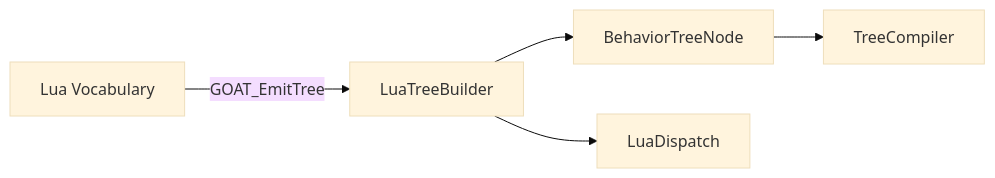
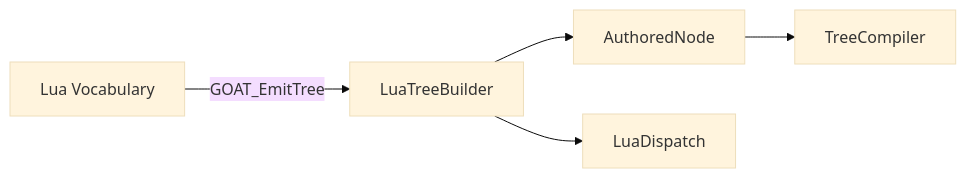
The diagram in Docs/02 - C++ Components/LuaTreeBuilder.md (jabbadablack/G.O.A.T), drawn with Mermaid (base theme) before and after one commit. The commit also changed other lines of this file and 44 other files, not shown here.

````diff
--- a/Docs/02 - C++ Components/LuaTreeBuilder.md
+++ b/Docs/02 - C++ Components/LuaTreeBuilder.md
@@ -71,7 +71,7 @@
 ```mermaid
 graph LR
     A[Lua Vocabulary] -->|GOAT_EmitTree| B[LuaTreeBuilder]
-    B --> C[BehaviorTreeNode]
+    B --> C[AuthoredNode]
     C --> D[TreeCompiler]
     B --> E[LuaDispatch]
 ```
````
